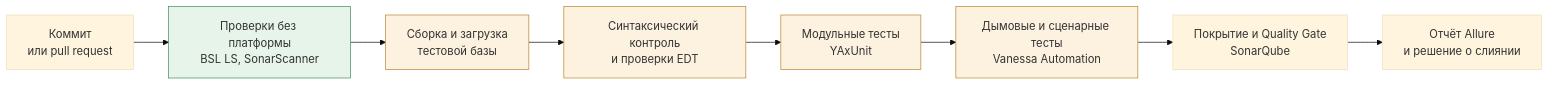
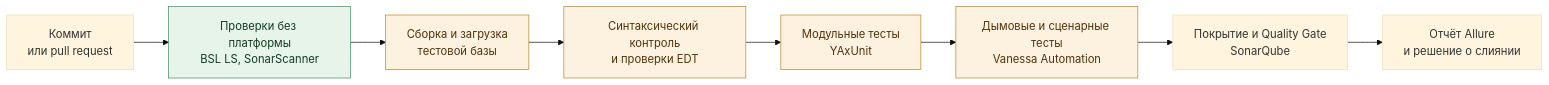
The diagram in tracks/developer-product.md (Kelll31/1C-Roadmap), drawn with Mermaid (base theme) before and after one commit. The commit also changed 11 other files, not shown here.

Commit message:
feat: add search metadata and expandable Mermaid diagrams

````diff
--- a/tracks/developer-product.md
+++ b/tracks/developer-product.md
@@ -236,15 +236,15 @@
 ```mermaid
 flowchart LR
     A["Коммит<br/>или pull request"] --> B["Проверки без платформы<br/>BSL LS, SonarScanner"]
     B --> C["Сборка и загрузка<br/>тестовой базы"]
     C --> D["Синтаксический контроль<br/>и проверки EDT"]
     D --> E["Модульные тесты<br/>YAxUnit"]
     E --> F["Дымовые и сценарные тесты<br/>Vanessa Automation"]
     F --> G["Покрытие и Quality Gate<br/>SonarQube"]
     G --> H["Отчёт Allure<br/>и решение о слиянии"]
-    style B fill:#e6f4ea,stroke:#3f8f5a
-    style C fill:#fdf1e0,stroke:#b8862f
-    style D fill:#fdf1e0,stroke:#b8862f
-    style E fill:#fdf1e0,stroke:#b8862f
-    style F fill:#fdf1e0,stroke:#b8862f
+    style B fill:#e6f4ea,stroke:#3f8f5a,color:#143c23
+    style C fill:#fdf1e0,stroke:#b8862f,color:#50330b
+    style D fill:#fdf1e0,stroke:#b8862f,color:#50330b
+    style E fill:#fdf1e0,stroke:#b8862f,color:#50330b
+    style F fill:#fdf1e0,stroke:#b8862f,color:#50330b
 ```
````
